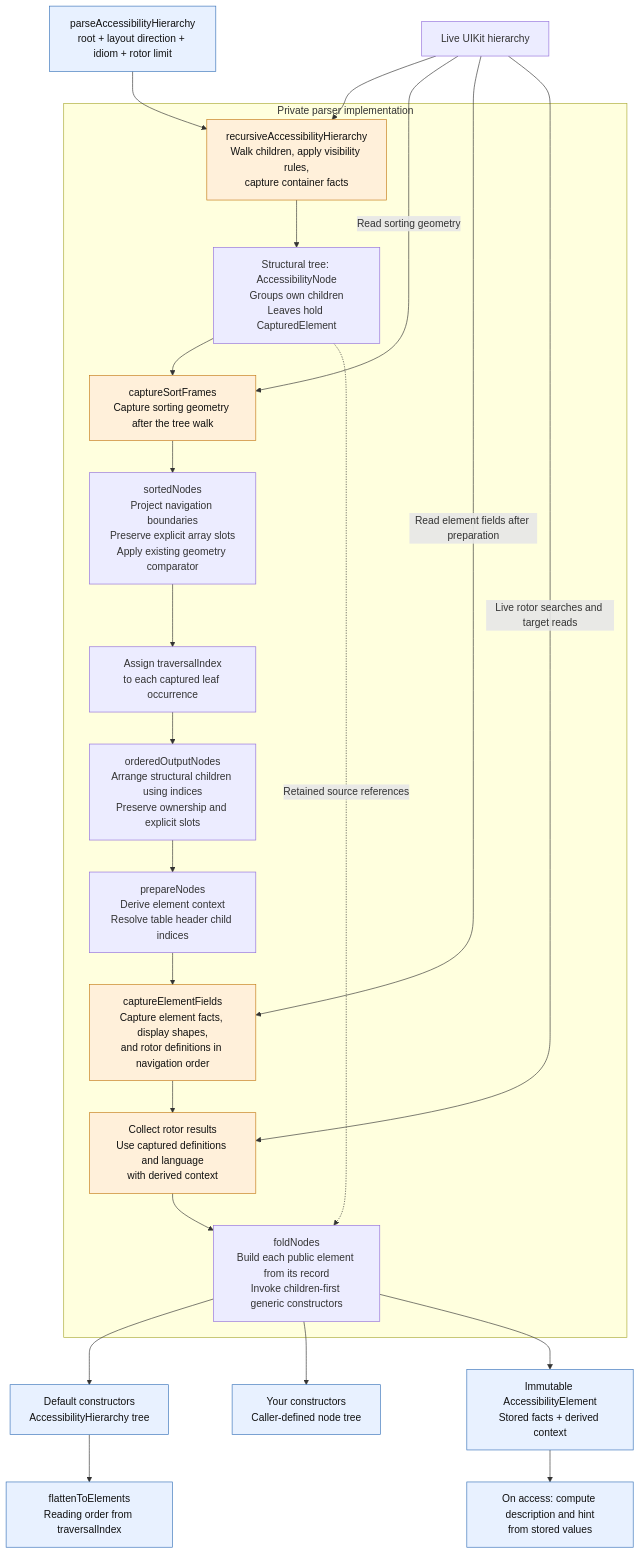
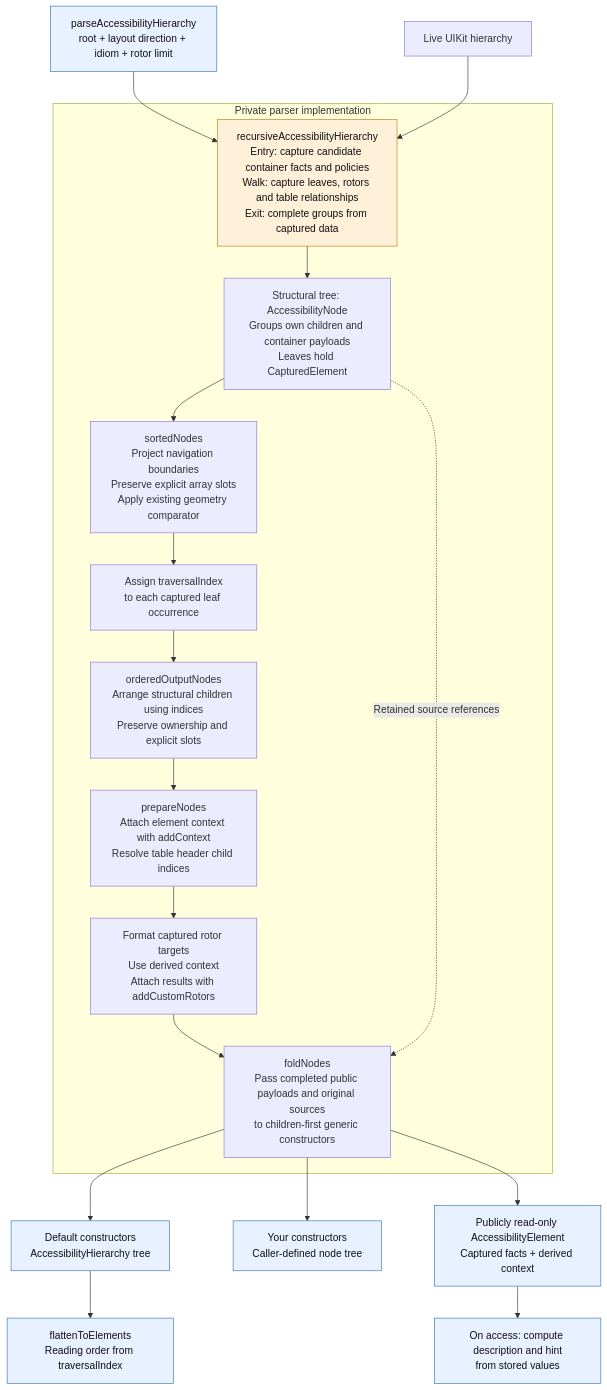
The first of 3 diagrams in Documentation/Parser-Design.md (cashapp/AccessibilitySnapshot), drawn with Mermaid before and after one commit. The commit also changed other lines of this file and 7 other files, not shown here.

Commit message:
Capture public payloads parent-first before deriving context

````diff
--- a/Documentation/Parser-Design.md
+++ b/Documentation/Parser-Design.md
@@ -7,39 +7,33 @@
 ```mermaid
 flowchart TD
     API["parseAccessibilityHierarchy<br/>root + layout direction + idiom + rotor limit"]
     UI["Live UIKit hierarchy"]
 
     subgraph PRIVATE["Private parser implementation"]
-        WALK["recursiveAccessibilityHierarchy<br/>Walk children, apply visibility rules,<br/>capture container facts"]
-        TREE["Structural tree: AccessibilityNode<br/>Groups own children<br/>Leaves hold CapturedElement"]
-        GEOMETRY["captureSortFrames<br/>Capture sorting geometry after the tree walk"]
-        CAPTURE["captureElementFields<br/>Capture element facts, display shapes,<br/>and rotor definitions in navigation order"]
+        WALK["recursiveAccessibilityHierarchy<br/>Entry: capture candidate container facts and policies<br/>Walk: capture leaves, rotors and table relationships<br/>Exit: complete groups from captured data"]
+        TREE["Structural tree: AccessibilityNode<br/>Groups own children and container payloads<br/>Leaves hold CapturedElement"]
         SORT["sortedNodes<br/>Project navigation boundaries<br/>Preserve explicit array slots<br/>Apply existing geometry comparator"]
         INDEX["Assign traversalIndex<br/>to each captured leaf occurrence"]
         ORDER["orderedOutputNodes<br/>Arrange structural children using indices<br/>Preserve ownership and explicit slots"]
-        CONTEXT["prepareNodes<br/>Derive element context<br/>Resolve table header child indices"]
-        ROTORS["Collect rotor results<br/>Use captured definitions and language<br/>with derived context"]
-        FOLD["foldNodes<br/>Build each public element from its record<br/>Invoke children-first generic constructors"]
+        CONTEXT["prepareNodes<br/>Attach element context with addContext<br/>Resolve table header child indices"]
+        ROTORS["Format captured rotor targets<br/>Use derived context<br/>Attach results with addCustomRotors"]
+        FOLD["foldNodes<br/>Pass completed public payloads and original sources<br/>to children-first generic constructors"]
 
-        WALK --> TREE --> GEOMETRY --> SORT --> INDEX
-        INDEX --> ORDER --> CONTEXT --> CAPTURE --> ROTORS --> FOLD
+        WALK --> TREE --> SORT --> INDEX
+        INDEX --> ORDER --> CONTEXT --> ROTORS --> FOLD
         TREE -.->|"Retained source references"| FOLD
     end
 
     API --> WALK
     UI --> WALK
-    UI -->|"Read sorting geometry"| GEOMETRY
-    UI -->|"Read element fields after preparation"| CAPTURE
-    UI -->|"Live rotor searches and target reads"| ROTORS
-
     FOLD --> DEFAULT["Default constructors<br/>AccessibilityHierarchy tree"]
     FOLD --> CUSTOM["Your constructors<br/>Caller-defined node tree"]
     DEFAULT --> FLAT["flattenToElements<br/>Reading order from traversalIndex"]
-    FOLD --> ELEMENT["Immutable AccessibilityElement<br/>Stored facts + derived context"]
+    FOLD --> ELEMENT["Publicly read-only AccessibilityElement<br/>Captured facts + derived context"]
     ELEMENT --> SPEECH["On access: compute description and hint<br/>from stored values"]
 
     classDef public fill:#e8f1ff,stroke:#3973b9,color:#111;
     classDef capture fill:#fff0da,stroke:#c47b16,color:#111;
     class API,ELEMENT,SPEECH,DEFAULT,CUSTOM,FLAT public;
-    class WALK,GEOMETRY,CAPTURE,ROTORS capture;
+    class WALK capture;
 ```
````
